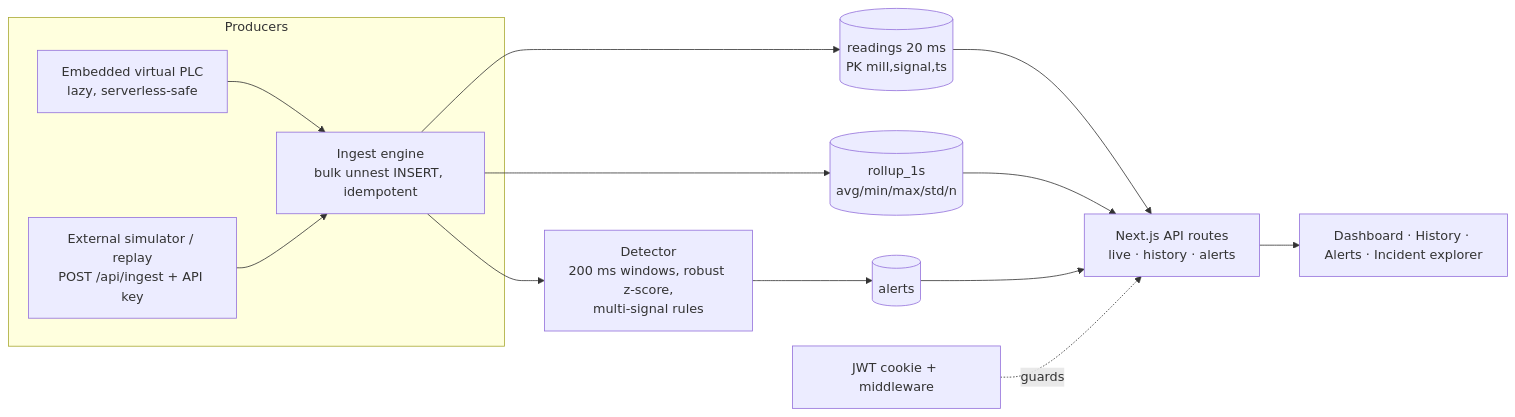
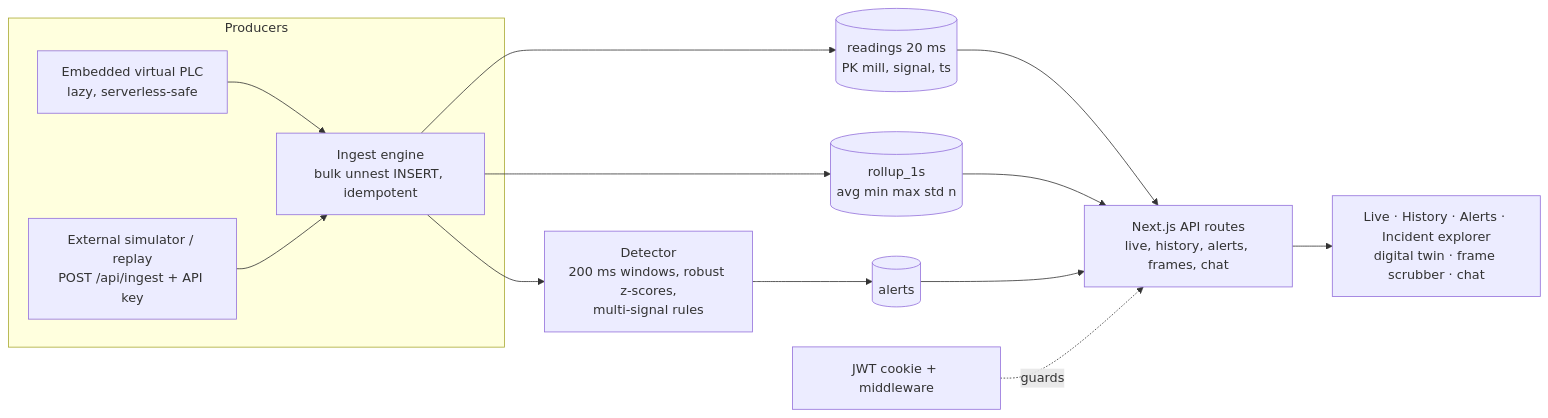
Before and after one commit to aadhimellow/signal-analytics-platform: the diagram in README.md, drawn with Mermaid. The commit also changed other lines of this file and 3 other files, not shown here.

````diff
--- a/README.md
+++ b/README.md
@@ -50,13 +136,13 @@
 ```mermaid
 flowchart LR
   subgraph Producers
-    A[Embedded virtual PLC<br/>lazy, serverless-safe] --> E
-    B[External simulator / replay<br/>POST /api/ingest + API key] --> E
+    A["Embedded virtual PLC<br/>lazy, serverless-safe"] --> E
+    B["External simulator / replay<br/>POST /api/ingest + API key"] --> E
   end
-  E[Ingest engine<br/>bulk unnest INSERT, idempotent] --> R[(readings 20 ms<br/>PK mill,signal,ts)]
-  E --> U[(rollup_1s<br/>avg/min/max/std/n)]
-  E --> D[Detector<br/>200 ms windows, robust z-score,<br/>multi-signal rules] --> L[(alerts)]
-  R & U & L --> API[Next.js API routes<br/>live · history · alerts]
-  API --> UI[Dashboard · History · Alerts · Incident explorer]
-  AUTH[JWT cookie + middleware] -.guards.-> API
+  E["Ingest engine<br/>bulk unnest INSERT, idempotent"] --> R[("readings 20 ms<br/>PK mill, signal, ts")]
+  E --> U[("rollup_1s<br/>avg min max std n")]
+  E --> D["Detector<br/>200 ms windows, robust z-scores,<br/>multi-signal rules"] --> L[("alerts")]
+  R & U & L --> API["Next.js API routes<br/>live, history, alerts, frames, chat"]
+  API --> UI["Live · History · Alerts · Incident explorer<br/>digital twin · frame scrubber · chat"]
+  AUTH["JWT cookie + middleware"] -. guards .-> API
 ```
````
